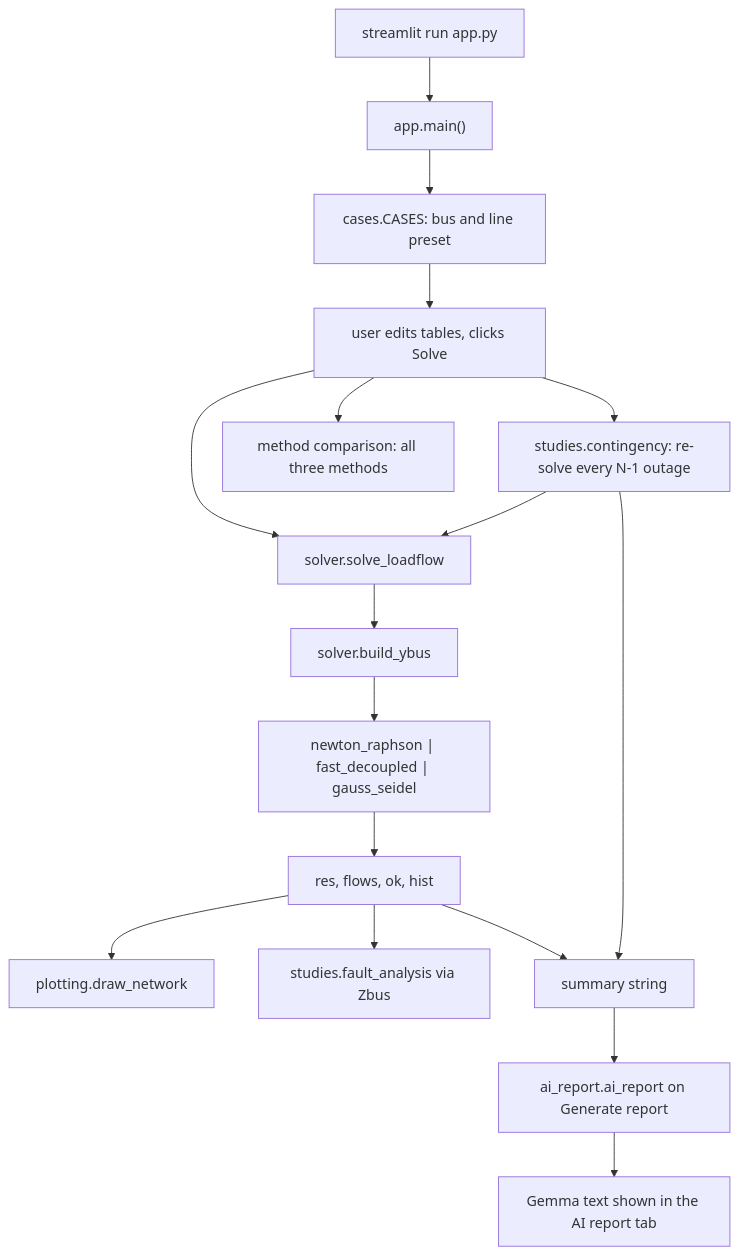
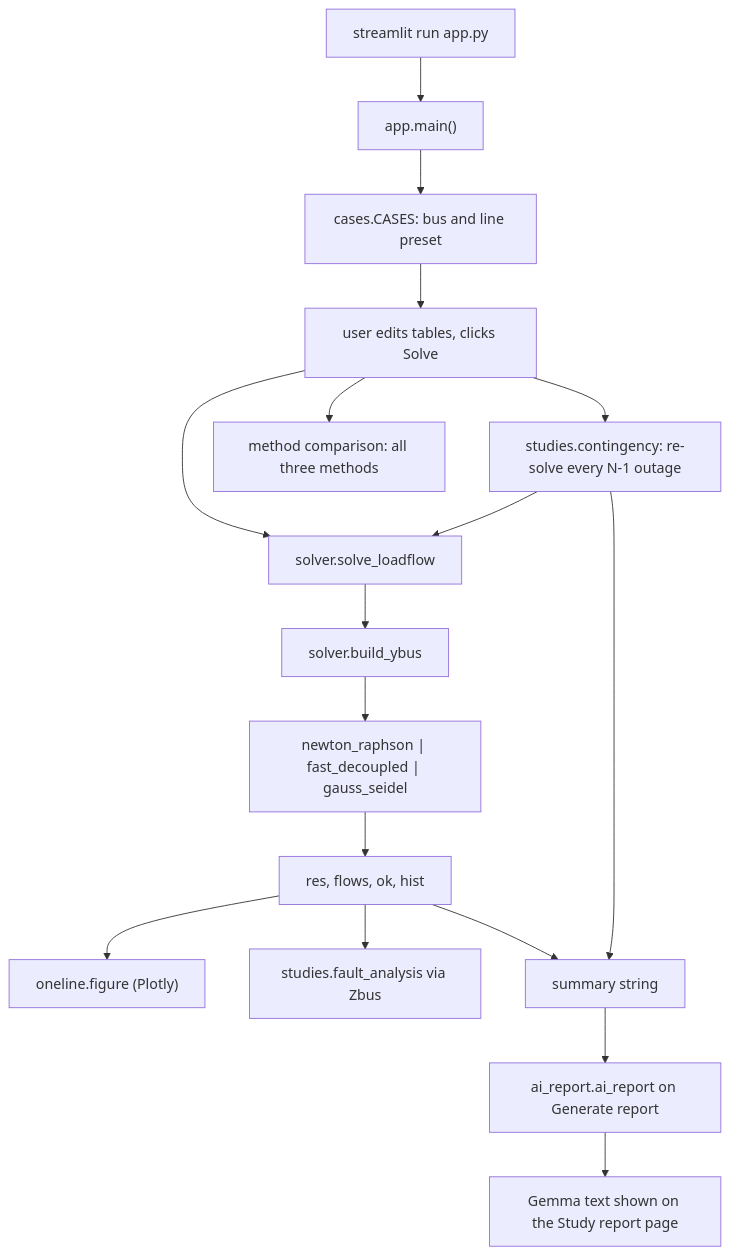
The diagram in README.md (haki-overflow/GridLens), drawn with Mermaid before and after one commit. The commit also changed other lines of this file and 10 other files, not shown here.

First line of the commit message:
v1.2 baseline: multipage UI, dark theme, interactive one-line diagram

````diff
--- a/README.md
+++ b/README.md
@@ -54,19 +57,19 @@
 ```mermaid
 flowchart TD
     A["streamlit run app.py"] --> B["app.main()"]
     B --> C["cases.CASES: bus and line preset"]
     C --> D["user edits tables, clicks Solve"]
     D --> E["solver.solve_loadflow"]
     E --> F["solver.build_ybus"]
     F --> G["newton_raphson | fast_decoupled | gauss_seidel"]
     G --> H["res, flows, ok, hist"]
     D --> I["studies.contingency: re-solve every N-1 outage"]
     I --> E
     D --> J["method comparison: all three methods"]
-    H --> K["plotting.draw_network"]
+    H --> K["oneline.figure (Plotly)"]
     H --> L["studies.fault_analysis via Zbus"]
     H --> M["summary string"]
     I --> M
     M --> N["ai_report.ai_report on Generate report"]
-    N --> O["Gemma text shown in the AI report tab"]
+    N --> O["Gemma text shown on the Study report page"]
 ```
````
